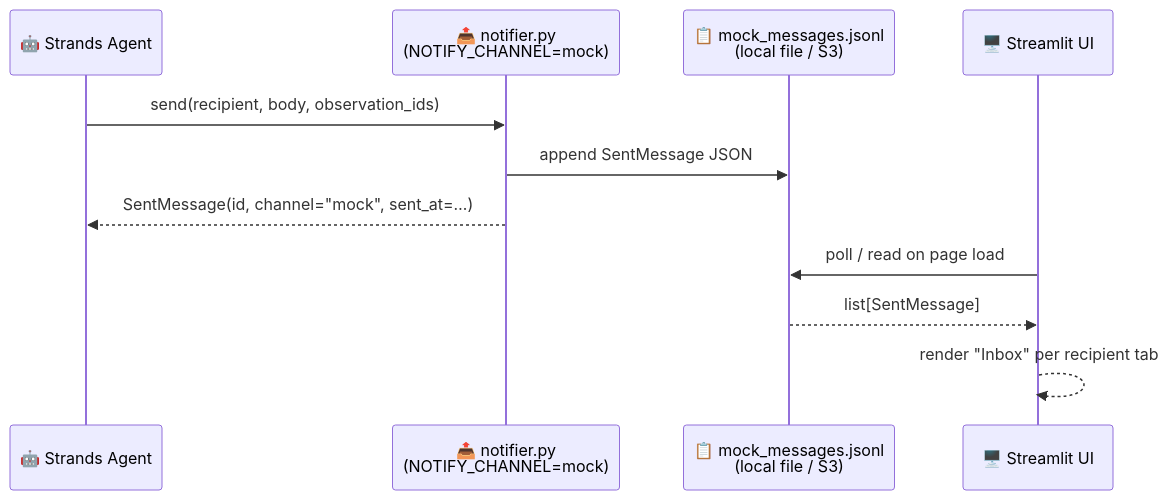
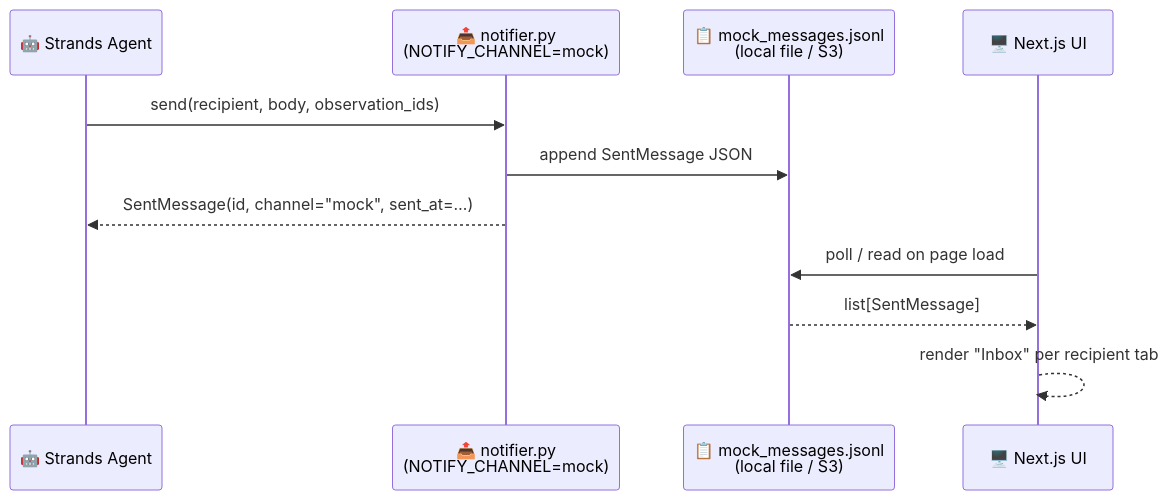
Before and after one commit to Amine-te/clover-v-sopra-steria-hackathon: the sixth of 8 diagrams in karis_architecture.md, drawn with Mermaid. The commit also changed other lines of this file and 2 other files, not shown here.

Commit message:
replace streamlit with react in the docs

````diff
--- a/karis_architecture.md
+++ b/karis_architecture.md
@@ -192,15 +192,15 @@
 ```mermaid
 sequenceDiagram
     participant Agent as 🤖 Strands Agent
     participant Notifier as 📤 notifier.py<br/>(NOTIFY_CHANNEL=mock)
     participant Log as 📋 mock_messages.jsonl<br/>(local file / S3)
-    participant UI as 🖥️ Streamlit UI
+    participant UI as 🖥️ Next.js UI
 
     Agent->>Notifier: send(recipient, body, observation_ids)
     Notifier->>Log: append SentMessage JSON
     Notifier-->>Agent: SentMessage(id, channel="mock", sent_at=…)
 
     UI->>Log: poll / read on page load
     Log-->>UI: list[SentMessage]
     UI-->>UI: render "Inbox" per recipient tab
 ```
````
